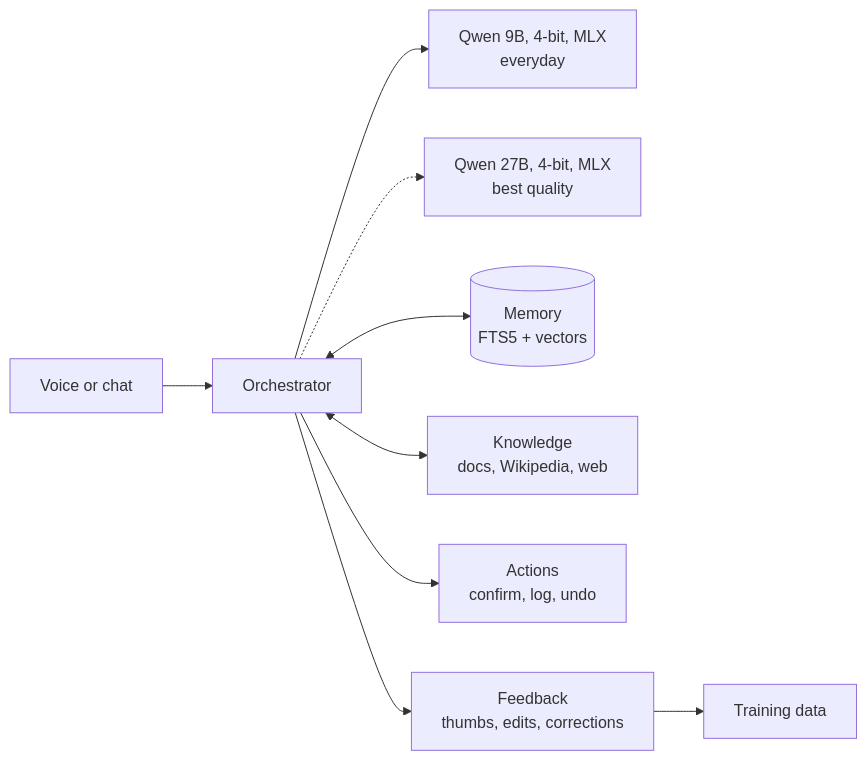
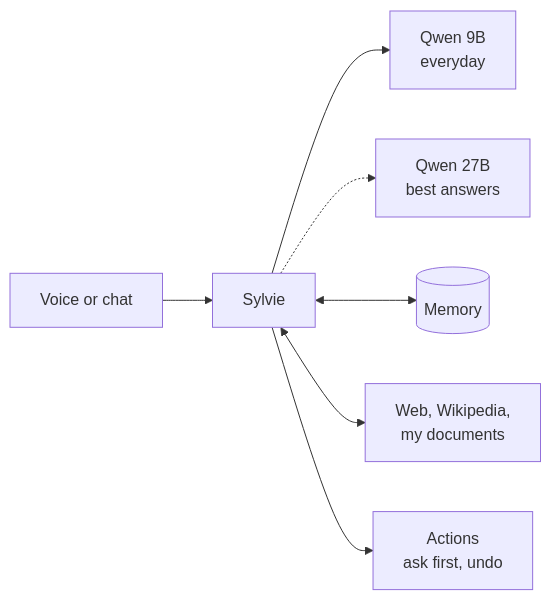
Before and after one commit to lpesseygirod/sylvie: the diagram in README.md, drawn with Mermaid. The commit also changed other lines of this file, not shown here.

````diff
--- a/README.md
+++ b/README.md
@@ -21,11 +21,9 @@
 ```mermaid
 flowchart LR
-    V[Voice or chat] --> O[Orchestrator]
-    O --> S[Qwen 9B, 4-bit, MLX<br/>everyday]
-    O -.-> L[Qwen 27B, 4-bit, MLX<br/>best quality]
-    O <--> M[(Memory<br/>FTS5 + vectors)]
-    O <--> K[Knowledge<br/>docs, Wikipedia, web]
-    O --> A[Actions<br/>confirm, log, undo]
-    O --> F[Feedback<br/>thumbs, edits, corrections]
-    F --> T[Training data]
+    V[Voice or chat] --> O[Sylvie]
+    O --> S[Qwen 9B<br/>everyday]
+    O -.-> L[Qwen 27B<br/>best answers]
+    O <--> M[(Memory)]
+    O <--> K[Web, Wikipedia,<br/>my documents]
+    O --> A[Actions<br/>ask first, undo]
 ```
````
